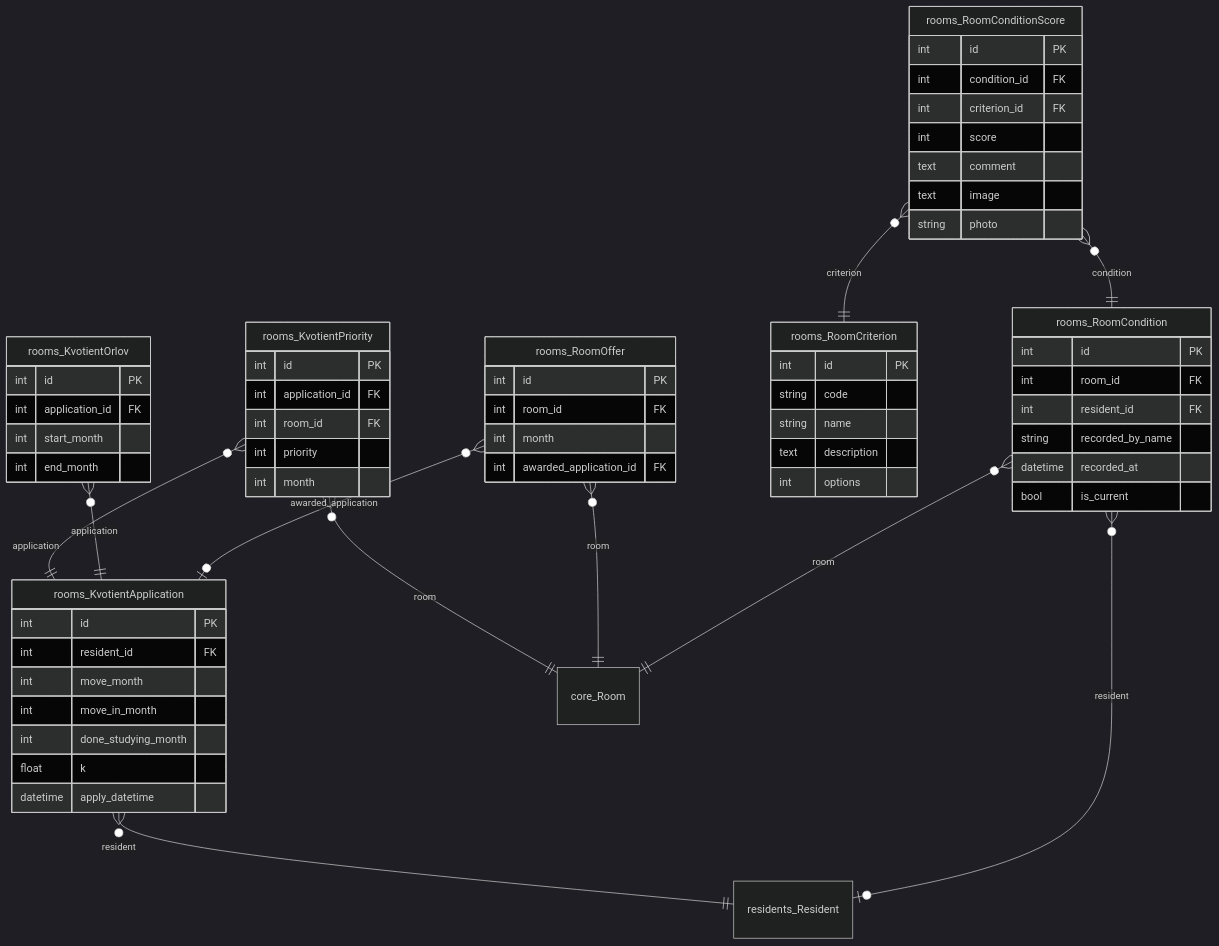
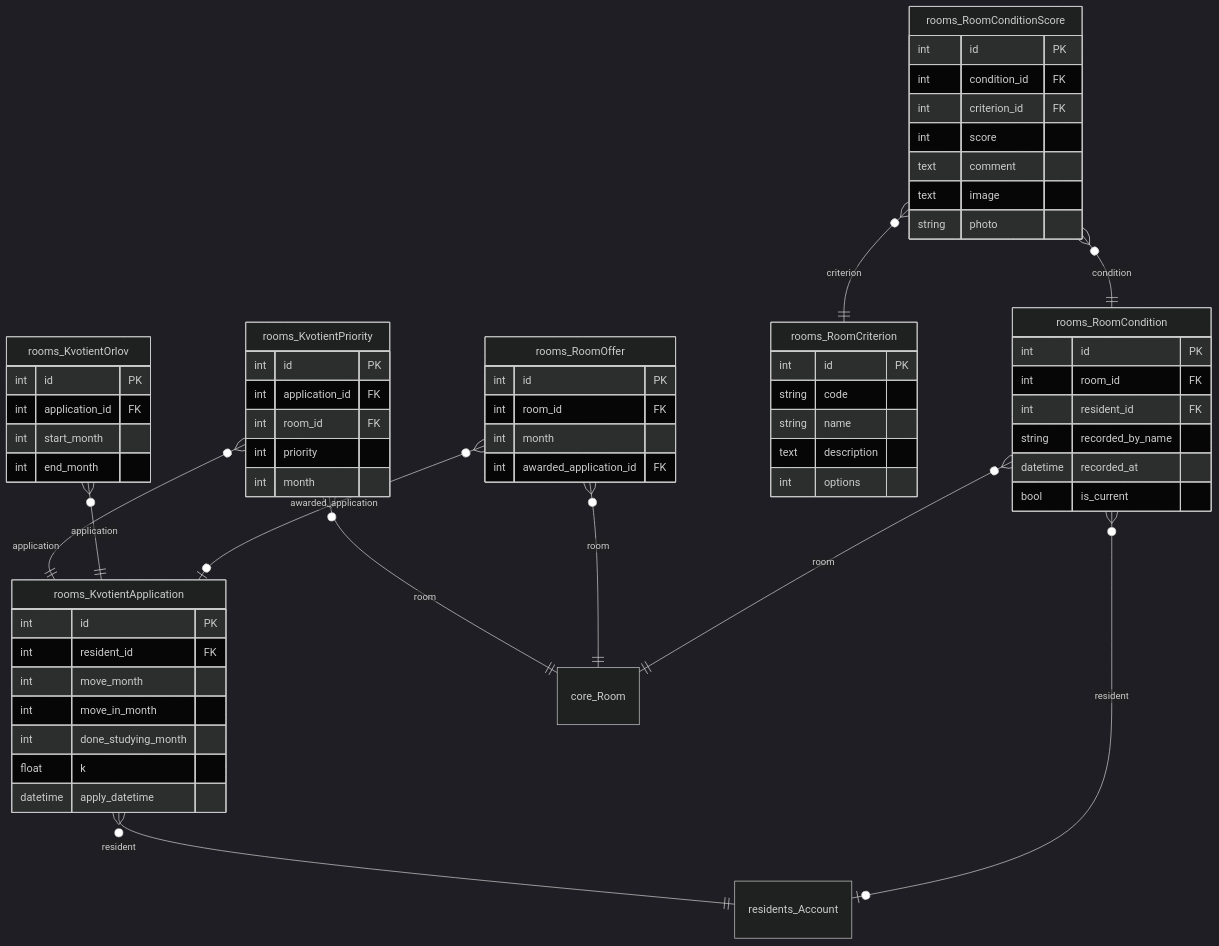
Before and after one commit to GAHK-org/gahk_intern: diagram 17 of 18 in docs/erd.md, drawn with Mermaid (dark theme). The commit also changed other lines of this file and 148 other files, not shown here.

````diff
--- a/docs/erd.md
+++ b/docs/erd.md
@@ -2321,76 +2349,76 @@
 ```mermaid
 erDiagram
     rooms_KvotientApplication {
         int id PK
         int resident_id FK
         int move_month
         int move_in_month
         int done_studying_month
         float k
         datetime apply_datetime
     }
 
     rooms_KvotientPriority {
         int id PK
         int application_id FK
         int room_id FK
         int priority
         int month
     }
 
     rooms_KvotientOrlov {
         int id PK
         int application_id FK
         int start_month
         int end_month
     }
 
     rooms_RoomOffer {
         int id PK
         int room_id FK
         int month
         int awarded_application_id FK
     }
 
     rooms_RoomCriterion {
         int id PK
         string code
         string name
         text description
         int options
     }
 
     rooms_RoomCondition {
         int id PK
         int room_id FK
         int resident_id FK
         string recorded_by_name
         datetime recorded_at
         bool is_current
     }
 
     rooms_RoomConditionScore {
         int id PK
         int condition_id FK
         int criterion_id FK
         int score
         text comment
         text image
         string photo
     }
 
     core_Room { }
 
-    residents_Resident { }
+    residents_Account { }
 
-    rooms_KvotientApplication }o--|| residents_Resident : "resident"
+    rooms_KvotientApplication }o--|| residents_Account : "resident"
     rooms_KvotientPriority }o--|| rooms_KvotientApplication : "application"
     rooms_KvotientPriority }o--|| core_Room : "room"
     rooms_KvotientOrlov }o--|| rooms_KvotientApplication : "application"
     rooms_RoomOffer }o--|| core_Room : "room"
     rooms_RoomOffer }o--|o rooms_KvotientApplication : "awarded_application"
     rooms_RoomCondition }o--|| core_Room : "room"
-    rooms_RoomCondition }o--|o residents_Resident : "resident"
+    rooms_RoomCondition }o--|o residents_Account : "resident"
     rooms_RoomConditionScore }o--|| rooms_RoomCondition : "condition"
     rooms_RoomConditionScore }o--|| rooms_RoomCriterion : "criterion"
 ```
````
